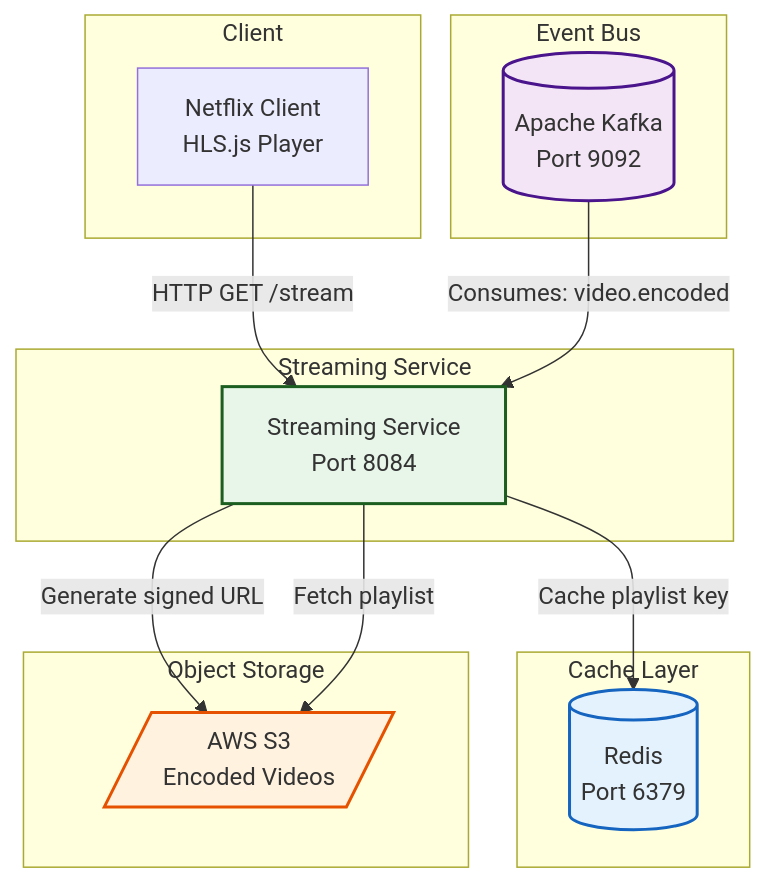
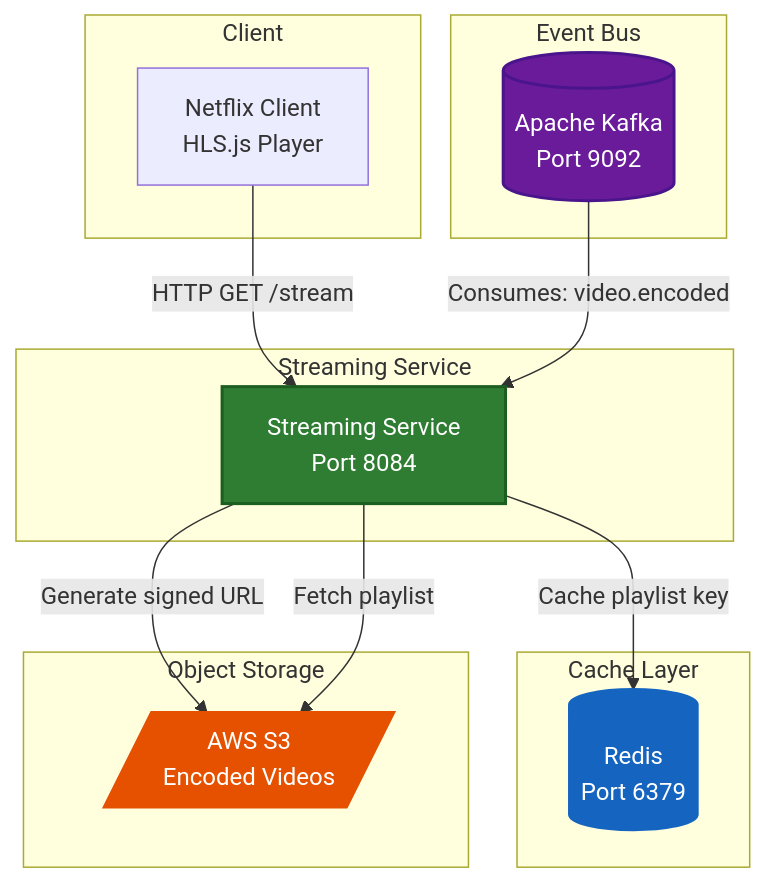
The diagram in streaming-service/README.md (PagarciaSima/Netflix-Streaming-Spring-Boot-Micro-services), drawn with Mermaid before and after one commit. The commit also changed 5 other files, not shown here.

Commit message:
readme, adjusting mermaid contrast

````diff
--- a/streaming-service/README.md
+++ b/streaming-service/README.md
@@ -25,38 +25,38 @@
 ```mermaid
 graph TB
     subgraph Client
         NG[Netflix Client<br/>HLS.js Player]
     end
 
     subgraph Event_Bus[Event Bus]
         KAFKA[(Apache Kafka<br/>Port 9092)]
     end
 
     subgraph Streaming_Service[Streaming Service]
         SS[Streaming Service<br/>Port 8084]
     end
 
     subgraph Cache[Cache Layer]
         REDIS[(Redis<br/>Port 6379)]
     end
 
     subgraph Storage[Object Storage]
         S3[/AWS S3<br/>Encoded Videos/]
     end
 
     NG -->|HTTP GET /stream| SS
     KAFKA -->|Consumes: video.encoded| SS
     SS -->|Cache playlist key| REDIS
     SS -->|Generate signed URL| S3
     SS -->|Fetch playlist| S3
 
-    classDef service fill:#e8f5e9,stroke:#1b5e20,stroke-width:2px
-    classDef cache fill:#e3f2fd,stroke:#1565c0,stroke-width:2px
-    classDef storage fill:#fff3e0,stroke:#e65100,stroke-width:2px
-    classDef messaging fill:#f3e5f5,stroke:#4a148c,stroke-width:2px
+    classDef service fill:#2e7d32,color:#ffffff,stroke:#1b5e20,stroke-width:2px
+    classDef cache fill:#1565c0,color:#ffffff,stroke:#1565c0,stroke-width:2px
+    classDef storage fill:#e65100,color:#ffffff,stroke:#e65100,stroke-width:2px
+    classDef messaging fill:#6a1b9a,color:#ffffff,stroke:#4a148c,stroke-width:2px
 
     class SS service
     class REDIS cache
     class S3 storage
     class KAFKA messaging
 ```
````
